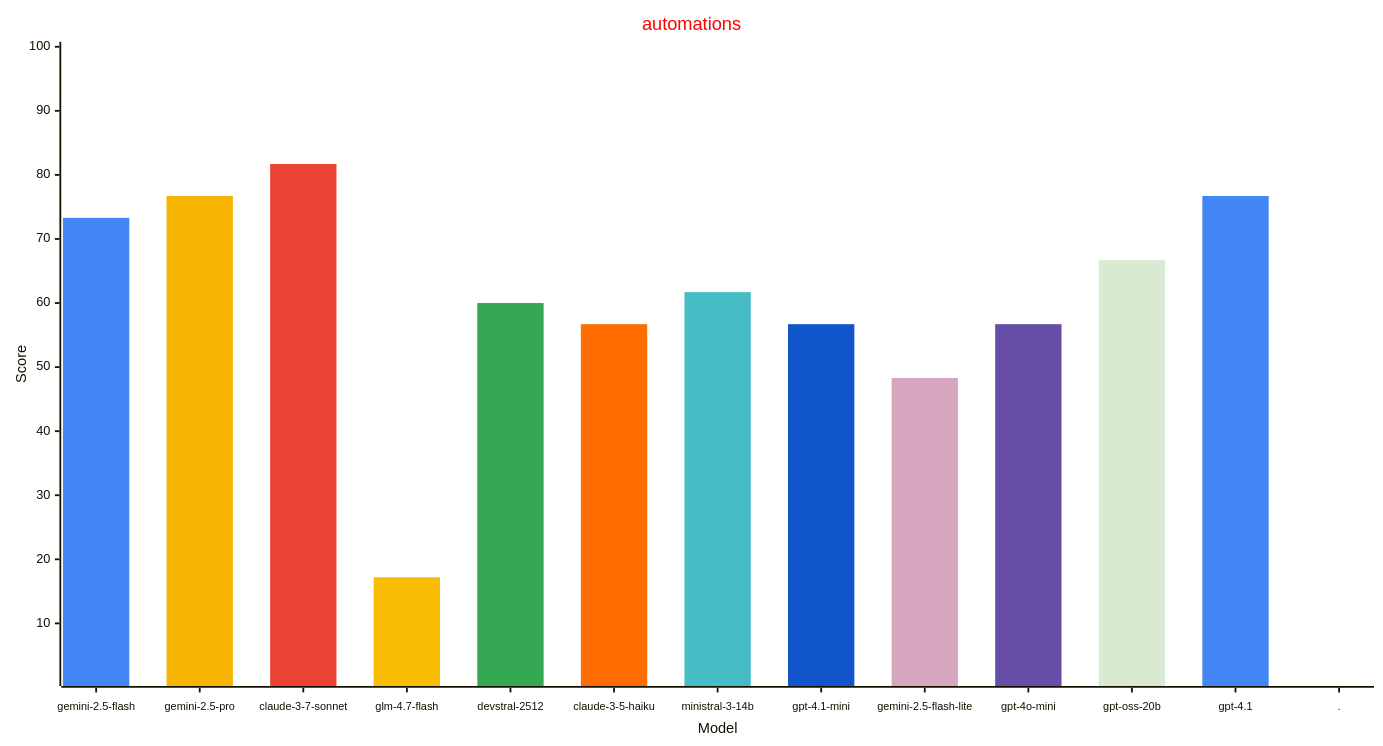
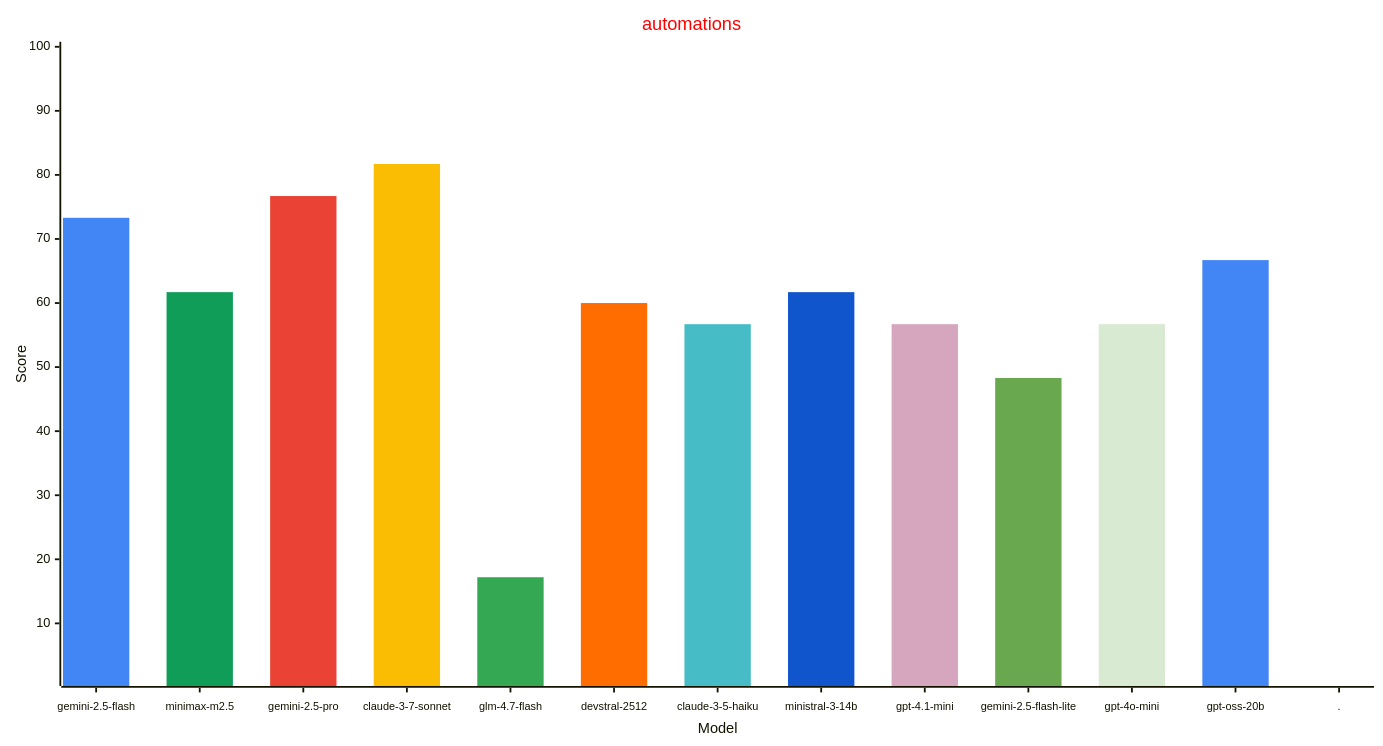
Before and after one commit to allenporter/home-assistant-datasets: the fourth of 4 diagrams in reports/README.md, drawn with Mermaid. The commit also changed other lines of this file and 1083 other files, not shown here.

````diff
--- a/reports/README.md
+++ b/reports/README.md
@@ -217,33 +218,33 @@
 ```mermaid
 ---
 config:
     xyChart:
         width: 1500
         height: 800
         xAxis:
           labelFontSize: 12
           labelPadding: 8
     themeVariables:
         xyChart:
             titleColor: "#ff0000"
-            plotColorPalette: "#4285f4, #f4b400, #ea4335, #fbbc04, #34a853, #ff6d01, #46bdc6, #1155cc, #d5a6bd, #674ea7, #d9ead3, #4285f4, #4285f4"
+            plotColorPalette: "#4285f4, #0f9d58, #ea4335, #fbbc04, #34a853, #ff6d01, #46bdc6, #1155cc, #d5a6bd, #6aa84f, #d9ead3, #4285f4, #4285f4"
 
 ---
 xychart-beta
   title "automations"
-  x-axis "Model" [gemini-2.5-flash, gemini-2.5-pro, claude-3-7-sonnet, glm-4.7-flash, devstral-2512, claude-3-5-haiku, ministral-3-14b, gpt-4.1-mini, gemini-2.5-flash-lite, gpt-4o-mini, gpt-oss-20b, gpt-4.1, .]
+  x-axis "Model" [gemini-2.5-flash, minimax-m2.5, gemini-2.5-pro, claude-3-7-sonnet, glm-4.7-flash, devstral-2512, claude-3-5-haiku, ministral-3-14b, gpt-4.1-mini, gemini-2.5-flash-lite, gpt-4o-mini, gpt-oss-20b, .]
   y-axis "Score" 1 --> 100
   bar [73.3, 0.0, 0.0, 0.0, 0.0, 0.0, 0.0, 0.0, 0.0, 0.0, 0.0, 0.0, 0.0]
-  bar [0.0, 76.7, 0.0, 0.0, 0.0, 0.0, 0.0, 0.0, 0.0, 0.0, 0.0, 0.0, 0.0]
-  bar [0.0, 0.0, 81.7, 0.0, 0.0, 0.0, 0.0, 0.0, 0.0, 0.0, 0.0, 0.0, 0.0]
-  bar [0.0, 0.0, 0.0, 17.2, 0.0, 0.0, 0.0, 0.0, 0.0, 0.0, 0.0, 0.0, 0.0]
-  bar [0.0, 0.0, 0.0, 0.0, 60.0, 0.0, 0.0, 0.0, 0.0, 0.0, 0.0, 0.0, 0.0]
-  bar [0.0, 0.0, 0.0, 0.0, 0.0, 56.7, 0.0, 0.0, 0.0, 0.0, 0.0, 0.0, 0.0]
-  bar [0.0, 0.0, 0.0, 0.0, 0.0, 0.0, 61.7, 0.0, 0.0, 0.0, 0.0, 0.0, 0.0]
-  bar [0.0, 0.0, 0.0, 0.0, 0.0, 0.0, 0.0, 56.7, 0.0, 0.0, 0.0, 0.0, 0.0]
-  bar [0.0, 0.0, 0.0, 0.0, 0.0, 0.0, 0.0, 0.0, 48.3, 0.0, 0.0, 0.0, 0.0]
-  bar [0.0, 0.0, 0.0, 0.0, 0.0, 0.0, 0.0, 0.0, 0.0, 56.7, 0.0, 0.0, 0.0]
-  bar [0.0, 0.0, 0.0, 0.0, 0.0, 0.0, 0.0, 0.0, 0.0, 0.0, 66.7, 0.0, 0.0]
-  bar [0.0, 0.0, 0.0, 0.0, 0.0, 0.0, 0.0, 0.0, 0.0, 0.0, 0.0, 76.7, 0.0]
+  bar [0.0, 61.7, 0.0, 0.0, 0.0, 0.0, 0.0, 0.0, 0.0, 0.0, 0.0, 0.0, 0.0]
+  bar [0.0, 0.0, 76.7, 0.0, 0.0, 0.0, 0.0, 0.0, 0.0, 0.0, 0.0, 0.0, 0.0]
+  bar [0.0, 0.0, 0.0, 81.7, 0.0, 0.0, 0.0, 0.0, 0.0, 0.0, 0.0, 0.0, 0.0]
+  bar [0.0, 0.0, 0.0, 0.0, 17.2, 0.0, 0.0, 0.0, 0.0, 0.0, 0.0, 0.0, 0.0]
+  bar [0.0, 0.0, 0.0, 0.0, 0.0, 60.0, 0.0, 0.0, 0.0, 0.0, 0.0, 0.0, 0.0]
+  bar [0.0, 0.0, 0.0, 0.0, 0.0, 0.0, 56.7, 0.0, 0.0, 0.0, 0.0, 0.0, 0.0]
+  bar [0.0, 0.0, 0.0, 0.0, 0.0, 0.0, 0.0, 61.7, 0.0, 0.0, 0.0, 0.0, 0.0]
+  bar [0.0, 0.0, 0.0, 0.0, 0.0, 0.0, 0.0, 0.0, 56.7, 0.0, 0.0, 0.0, 0.0]
+  bar [0.0, 0.0, 0.0, 0.0, 0.0, 0.0, 0.0, 0.0, 0.0, 48.3, 0.0, 0.0, 0.0]
+  bar [0.0, 0.0, 0.0, 0.0, 0.0, 0.0, 0.0, 0.0, 0.0, 0.0, 56.7, 0.0, 0.0]
+  bar [0.0, 0.0, 0.0, 0.0, 0.0, 0.0, 0.0, 0.0, 0.0, 0.0, 0.0, 66.7, 0.0]
   bar [0.0, 0.0, 0.0, 0.0, 0.0, 0.0, 0.0, 0.0, 0.0, 0.0, 0.0, 0.0, -1.0]
 ```
````
